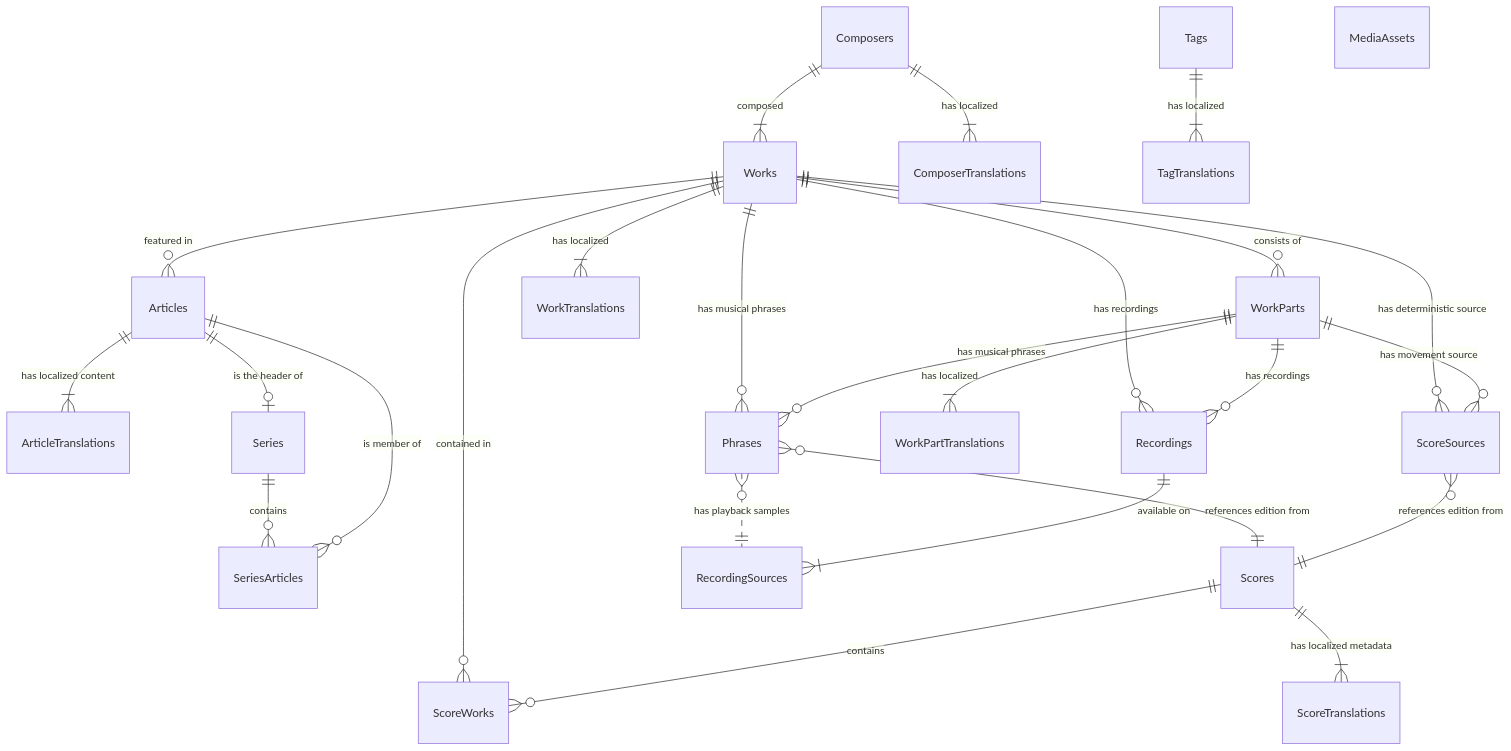
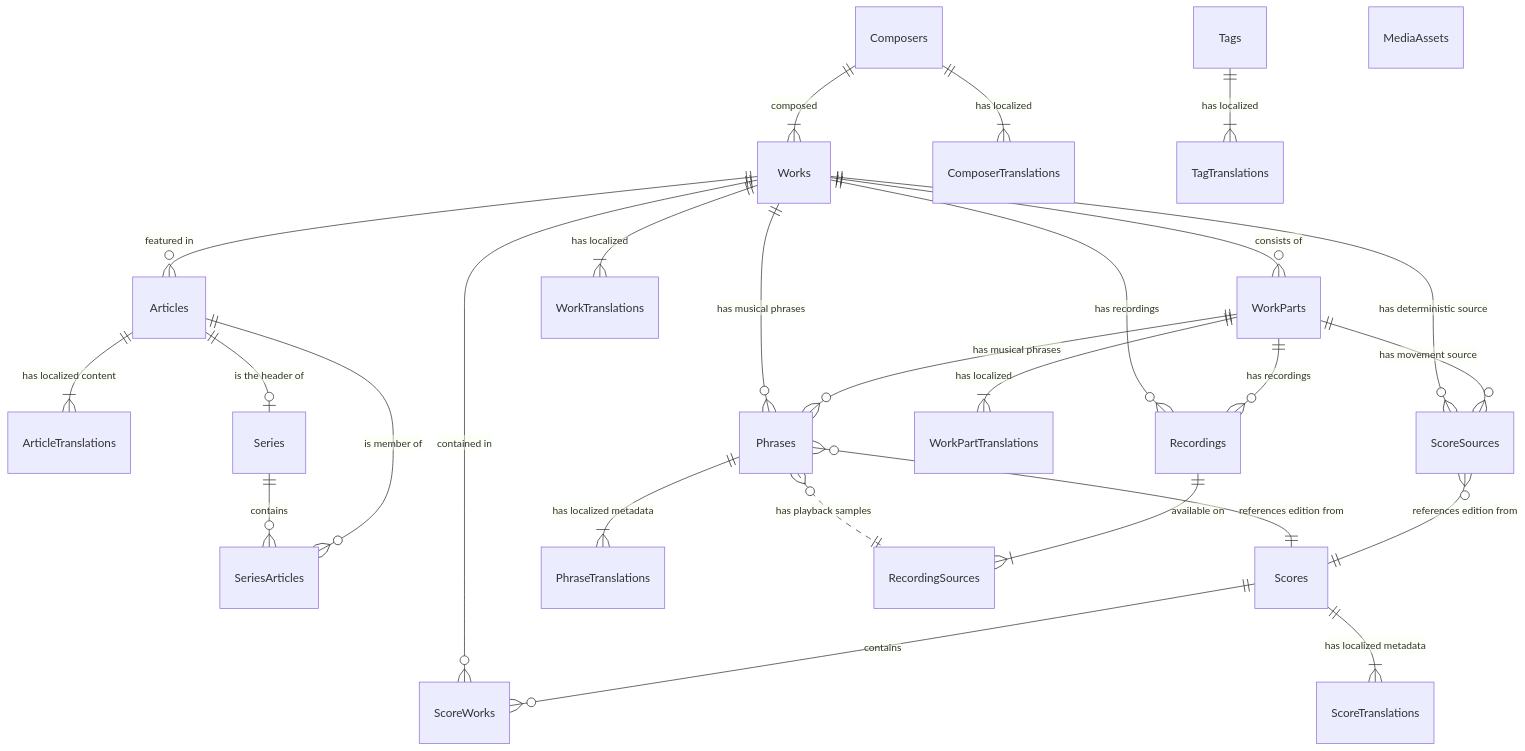
Before and after one commit to preludio-lab/preludio-lab: the first of 3 diagrams in docs/05_design/02_database/schema.md, drawn with Mermaid. The commit also changed other lines of this file and 30 other files, not shown here.

````diff
--- a/docs/05_design/02_database/schema.md
+++ b/docs/05_design/02_database/schema.md
@@ -54,33 +54,34 @@
 ```mermaid
 erDiagram
     %% Core Tables: Articles & Series
     Works ||--o{ Articles : "featured in"
     Articles ||--|{ ArticleTranslations : "has localized content"
     Articles ||--o| Series : "is the header of"
     Series ||--o{ SeriesArticles : "contains"
     Articles ||--o{ SeriesArticles : "is member of"
 
     %% Asset Tables: Scores & Recordings
     Works ||--o{ ScoreWorks : "contained in"
     Scores ||--o{ ScoreWorks : "contains"
     Scores ||--|{ ScoreTranslations : "has localized metadata"
     Works ||--o{ Phrases : "has musical phrases"
+    Phrases ||--|{ PhraseTranslations : "has localized metadata"
     Phrases }o--|| Scores : "references edition from"
     Phrases }o..|| RecordingSources : "has playback samples"
     Works ||--o{ Recordings : "has recordings"
     Recordings ||--|{ RecordingSources : "available on"
     Works ||--o{ ScoreSources : "has deterministic source"
     WorkParts ||--o{ ScoreSources : "has movement source"
     ScoreSources }o--|| Scores : "references edition from"
 
     %% Master Tables: Composers & Works
     Composers ||--|{ ComposerTranslations : "has localized"
     Composers ||--|{ Works : "composed"
     Works ||--o{ WorkParts : "consists of"
     Works ||--|{ WorkTranslations : "has localized"
     WorkParts ||--|{ WorkPartTranslations : "has localized"
     WorkParts ||--o{ Phrases : "has musical phrases"
     WorkParts ||--o{ Recordings : "has recordings"
     Tags ||--|{ TagTranslations : "has localized"
     MediaAssets
 ```
````
